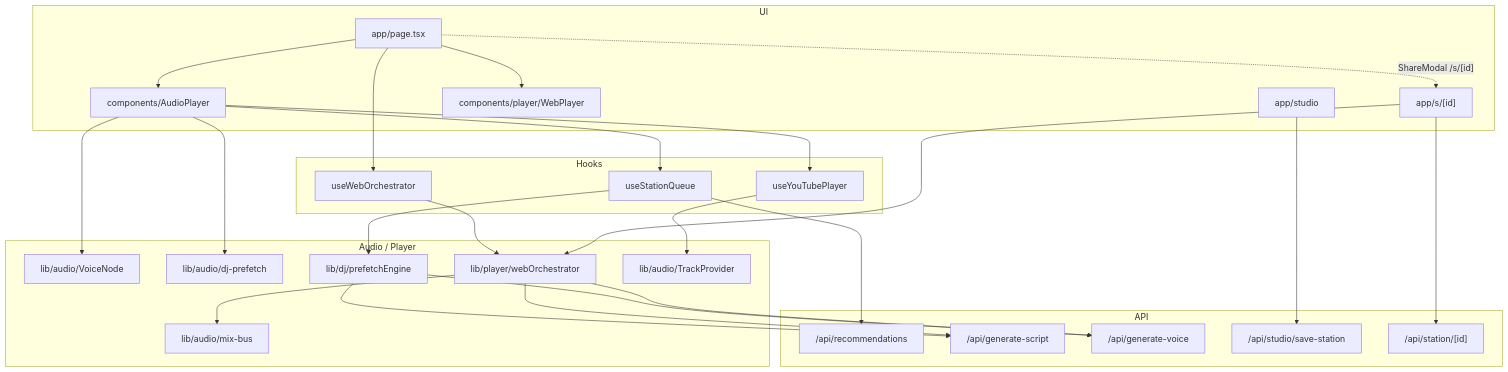
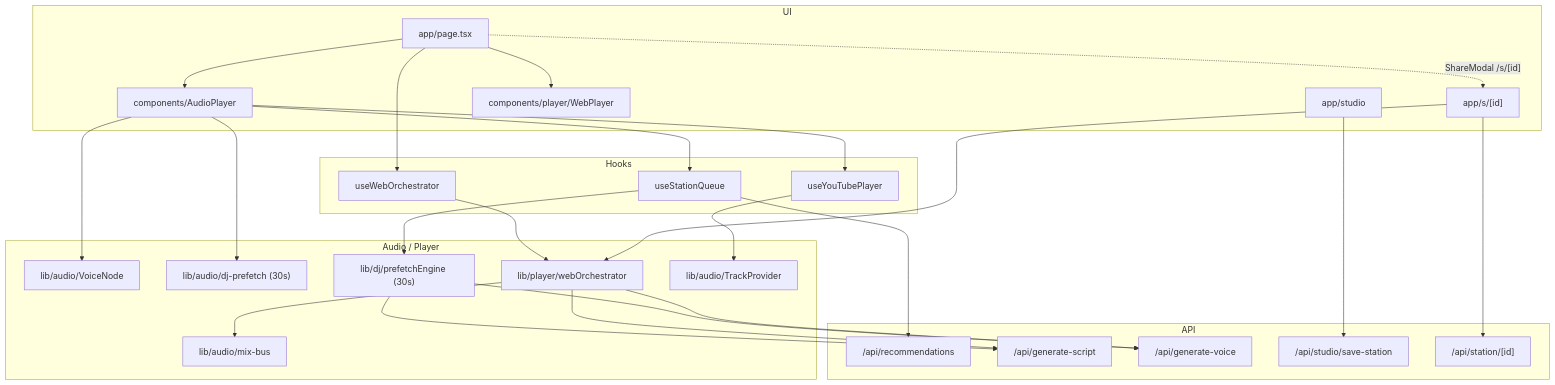
Before and after one commit to SongGhost/SongGhost: the diagram in docs/ARCHITECTURE.md, drawn with Mermaid. The commit also changed other lines of this file and 4 other files, not shown here.

Commit message:
docs: align ARCHITECTURE, SPEC_2, and ROADMAP constants with live audio code

````diff
--- a/docs/ARCHITECTURE.md
+++ b/docs/ARCHITECTURE.md
@@ -27,54 +27,54 @@
 ```mermaid
 flowchart TB
   subgraph UI["UI"]
     Home["app/page.tsx"]
     Studio["app/studio"]
     Share["app/s/[id]"]
     WebPlayer["components/player/WebPlayer"]
     AudioPlayer["components/AudioPlayer"]
   end
 
   subgraph Hooks["Hooks"]
     Queue["useStationQueue"]
     YT["useYouTubePlayer"]
     WO["useWebOrchestrator"]
   end
 
   subgraph Engine["Audio / Player"]
     Mix["lib/audio/mix-bus"]
     Voice["lib/audio/VoiceNode"]
-    Prefetch["lib/audio/dj-prefetch"]
-    Prefetch30["lib/dj/prefetchEngine"]
+    Prefetch["lib/audio/dj-prefetch (30s)"]
+    Prefetch30["lib/dj/prefetchEngine (30s)"]
     Orch["lib/player/webOrchestrator"]
     TP["lib/audio/TrackProvider"]
   end
 
   subgraph API["API"]
     Rec["/api/recommendations"]
     Script["/api/generate-script"]
     VoiceApi["/api/generate-voice"]
     Save["/api/studio/save-station"]
     PublicStation["/api/station/[id]"]
   end
 
   Home --> AudioPlayer
   Home --> WebPlayer
   Home --> WO
   AudioPlayer --> Queue
   AudioPlayer --> YT
   AudioPlayer --> Voice
   AudioPlayer --> Prefetch
   Queue --> Prefetch30
   Prefetch30 --> Script
   Prefetch30 --> VoiceApi
   WO --> Orch
   Orch --> Mix
   YT --> TP
   Orch --> Script
   Orch --> VoiceApi
   Queue --> Rec
   Studio --> Save
   Share --> PublicStation
   Share --> Orch
   Home -.->|"ShareModal /s/[id]"| Share
 ```
````
